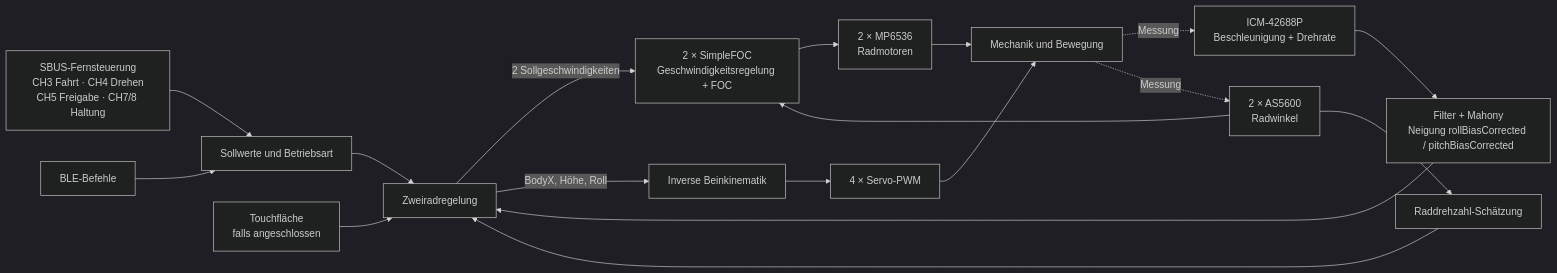
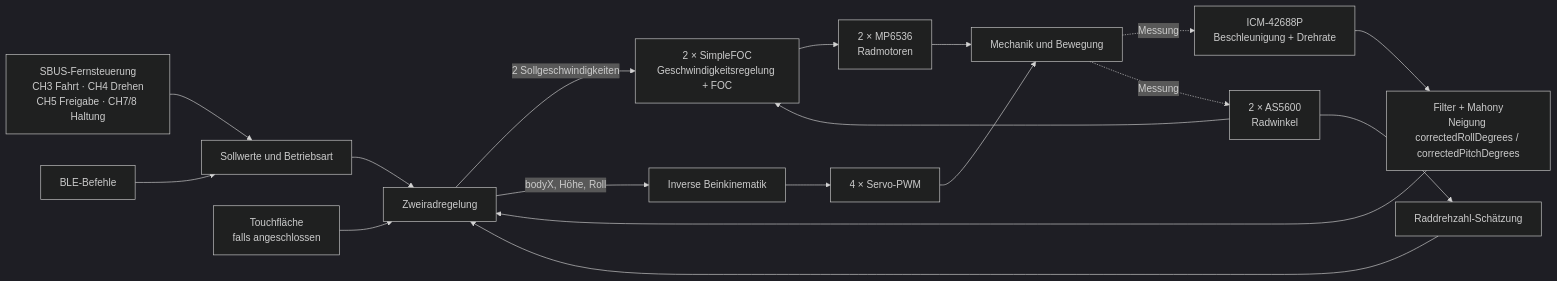
Before and after one commit to nikolasvoss/Navbot-ES02: the diagram in docs/robot/software/control/control-flow.md, drawn with Mermaid (dark theme). The commit also changed other lines of this file and 1 other file, not shown here.

````diff
--- a/docs/robot/software/control/control-flow.md
+++ b/docs/robot/software/control/control-flow.md
@@ -13,20 +13,20 @@
 ```mermaid
 flowchart LR
     RC[SBUS-Fernsteuerung<br/>CH3 Fahrt · CH4 Drehen<br/>CH5 Freigabe · CH7/8 Haltung] --> CMD[Sollwerte und Betriebsart]
     BLE[BLE-Befehle] --> CMD
-    IMU[ICM-42688P<br/>Beschleunigung + Drehrate] --> MAH[Filter + Mahony<br/>Neigung rollBiasCorrected / pitchBiasCorrected]
+    IMU[ICM-42688P<br/>Beschleunigung + Drehrate] --> MAH[Filter + Mahony<br/>Neigung correctedRollDegrees / correctedPitchDegrees]
     ENC[2 × AS5600<br/>Radwinkel] --> VEL[Raddrehzahl-Schätzung]
     CMD --> CTRL[Zweiradregelung]
     MAH --> CTRL
     VEL --> CTRL
     TOUCH[Touchfläche<br/>falls angeschlossen] --> CTRL
     CTRL -->|2 Sollgeschwindigkeiten| FOC[2 × SimpleFOC<br/>Geschwindigkeitsregelung + FOC]
     ENC --> FOC
     FOC --> DRV[2 × MP6536<br/>Radmotoren]
-    CTRL -->|BodyX, Höhe, Roll| IK[Inverse Beinkinematik]
+    CTRL -->|bodyX, Höhe, Roll| IK[Inverse Beinkinematik]
     IK --> SERVO[4 × Servo-PWM]
     DRV --> ROBOT[Mechanik und Bewegung]
     SERVO --> ROBOT
     ROBOT -. Messung .-> IMU
     ROBOT -. Messung .-> ENC
 ```
````
